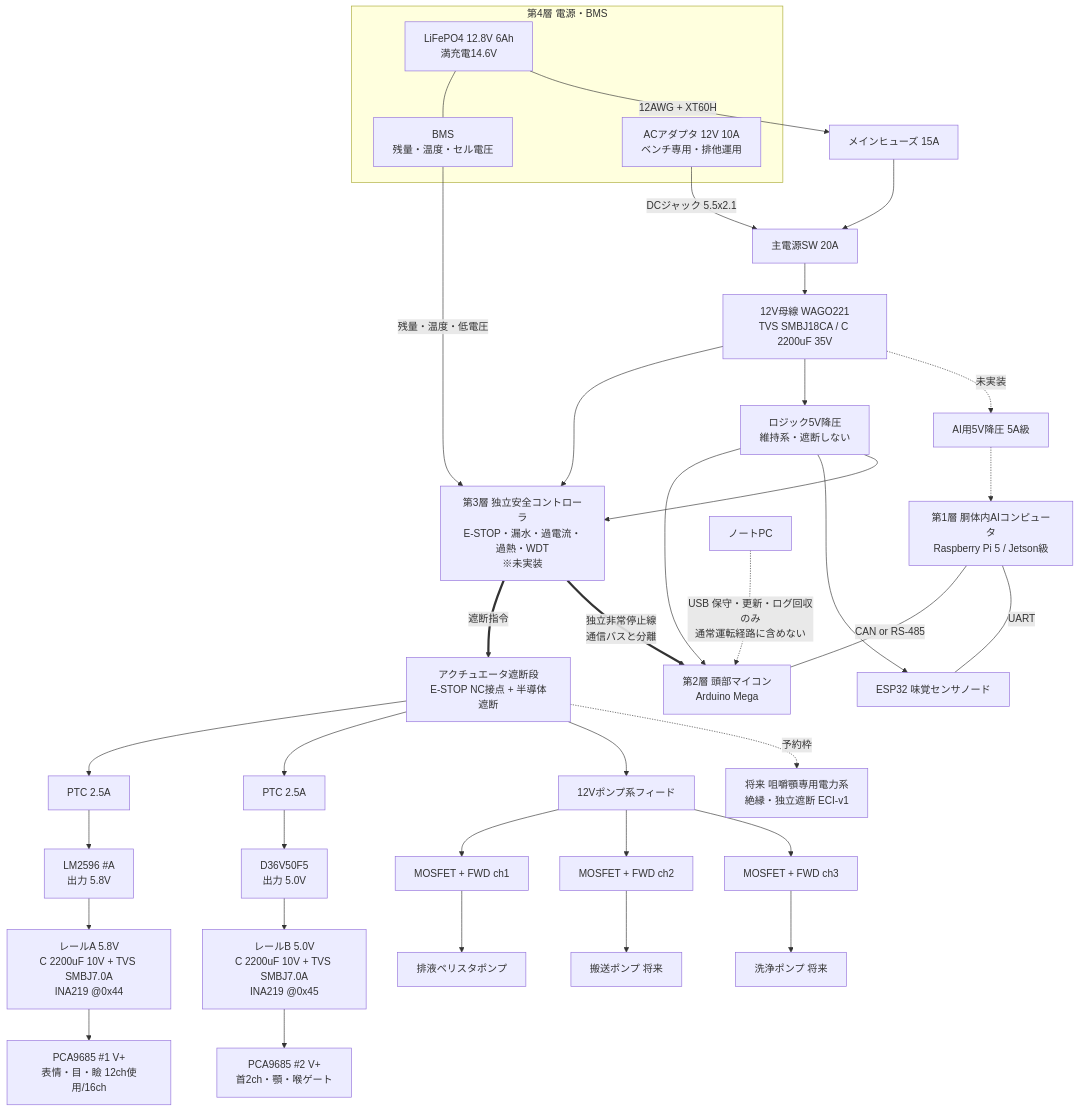
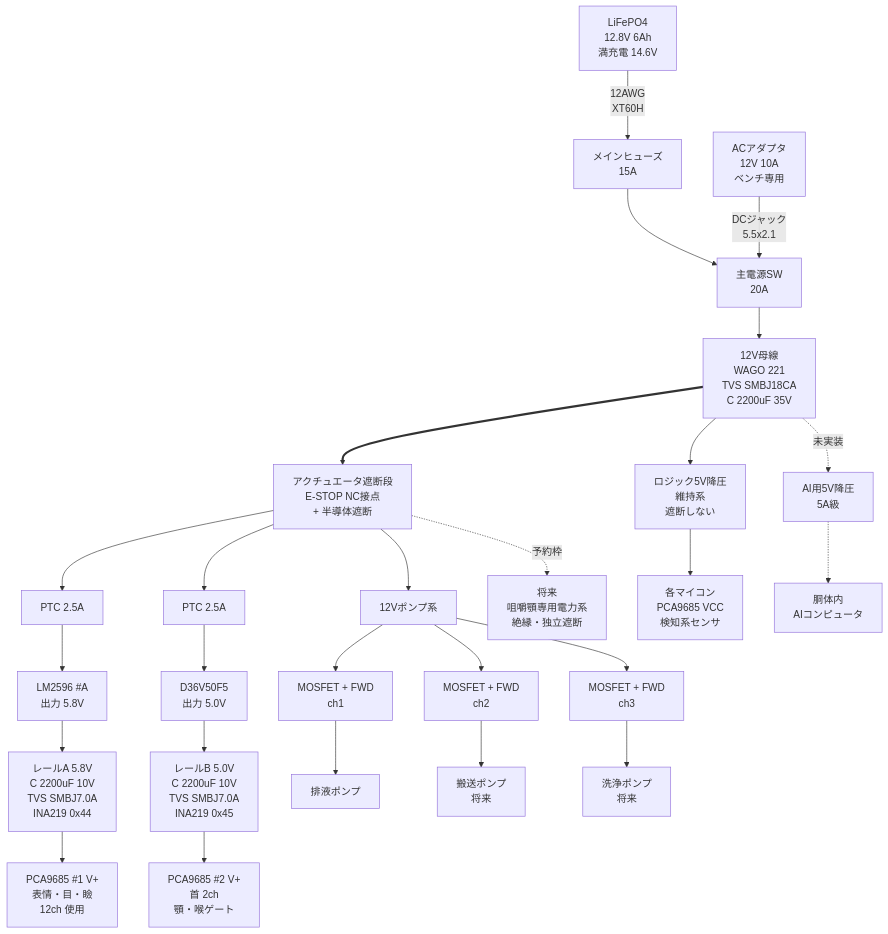
Before and after one commit to chinochino66/humanoid: the first of 2 diagrams in docs/power_system.md, drawn with Mermaid. The commit also changed other lines of this file, not shown here.

Commit message:
docs: 系統図を電力図と制御通信図へ分離、ラベル折り返しで文字切れを解消

````diff
--- a/docs/power_system.md
+++ b/docs/power_system.md
@@ -34,47 +36,38 @@
 ```mermaid
 flowchart TB
-    subgraph L4["第4層 電源・BMS"]
-        BAT["LiFePO4 12.8V 6Ah<br/>満充電14.6V"]
-        BMS["BMS<br/>残量・温度・セル電圧"]
-        AC["ACアダプタ 12V 10A<br/>ベンチ専用・排他運用"]
-    end
+    AC["ACアダプタ<br/>12V 10A<br/>ベンチ専用"]
+    BAT["LiFePO4<br/>12.8V 6Ah<br/>満充電 14.6V"]
 
-    BAT --- BMS
-    BAT -->|"12AWG + XT60H"| F1["メインヒューズ 15A"]
-    F1 --> SW1["主電源SW 20A"]
-    AC -->|"DCジャック 5.5x2.1"| SW1
-    SW1 --> DIST["12V母線 WAGO221<br/>TVS SMBJ18CA / C 2200uF 35V"]
+    BAT -->|"12AWG<br/>XT60H"| F1["メインヒューズ<br/>15A"]
+    F1 --> SW1
+    AC -->|"DCジャック<br/>5.5x2.1"| SW1["主電源SW<br/>20A"]
 
-    DIST --> SAFE["第3層 独立安全コントローラ<br/>E-STOP・漏水・過電流・過熱・WDT<br/>※未実装"]
-    BMS -->|"残量・温度・低電圧"| SAFE
-    DIST --> LOG5["ロジック5V降圧<br/>維持系・遮断しない"]
+    SW1 --> DIST["12V母線<br/>WAGO 221<br/>TVS SMBJ18CA<br/>C 2200uF 35V"]
 
-    SAFE ==>|"遮断指令"| CUT["アクチュエータ遮断段<br/>E-STOP NC接点 + 半導体遮断"]
+    DIST --> LOG5["ロジック5V降圧<br/>維持系<br/>遮断しない"]
+    DIST -.->|"未実装"| AIPWR["AI用5V降圧<br/>5A級"]
+    DIST ==> CUT["アクチュエータ遮断段<br/>E-STOP NC接点<br/>+ 半導体遮断"]
 
-    CUT --> P1["PTC 2.5A"] --> BKA["LM2596 #A<br/>出力 5.8V"]
-    CUT --> P2["PTC 2.5A"] --> BKB["D36V50F5<br/>出力 5.0V"]
-    CUT --> PMP["12Vポンプ系フィード"]
-    CUT -.->|"予約枠"| FJ["将来 咀嚼顎専用電力系<br/>絶縁・独立遮断 ECI-v1"]
+    CUT --> P1["PTC 2.5A"]
+    P1 --> BKA["LM2596 #A<br/>出力 5.8V"]
+    BKA --> RA["レールA 5.8V<br/>C 2200uF 10V<br/>TVS SMBJ7.0A<br/>INA219 0x44"]
+    RA --> PCA1["PCA9685 #1 V+<br/>表情・目・瞼<br/>12ch 使用"]
 
-    BKA --> RA["レールA 5.8V<br/>C 2200uF 10V + TVS SMBJ7.0A<br/>INA219 @0x44"]
-    BKB --> RB["レールB 5.0V<br/>C 2200uF 10V + TVS SMBJ7.0A<br/>INA219 @0x45"]
+    CUT --> P2["PTC 2.5A"]
+    P2 --> BKB["D36V50F5<br/>出力 5.0V"]
+    BKB --> RB["レールB 5.0V<br/>C 2200uF 10V<br/>TVS SMBJ7.0A<br/>INA219 0x45"]
+    RB --> PCA2["PCA9685 #2 V+<br/>首 2ch<br/>顎・喉ゲート"]
 
-    RA --> PCA1["PCA9685 #1 V+<br/>表情・目・瞼 12ch使用/16ch"]
-    RB --> PCA2["PCA9685 #2 V+<br/>首2ch・顎・喉ゲート"]
+    CUT --> PMP["12Vポンプ系"]
+    PMP --> M1["MOSFET + FWD<br/>ch1"]
+    PMP --> M2["MOSFET + FWD<br/>ch2"]
+    PMP --> M3["MOSFET + FWD<br/>ch3"]
+    M1 --> DP["排液ポンプ"]
+    M2 --> FP["搬送ポンプ<br/>将来"]
+    M3 --> WP["洗浄ポンプ<br/>将来"]
 
-    PMP --> M1["MOSFET + FWD ch1"] --> DP["排液ペリスタポンプ"]
-    PMP --> M2["MOSFET + FWD ch2"] --> FP["搬送ポンプ 将来"]
-    PMP --> M3["MOSFET + FWD ch3"] --> WP["洗浄ポンプ 将来"]
+    CUT -.->|"予約枠"| FJ["将来<br/>咀嚼顎専用電力系<br/>絶縁・独立遮断"]
 
-    LOG5 --> MCU["第2層 頭部マイコン<br/>Arduino Mega"]
-    LOG5 --> ESP["ESP32 味覚センサノード"]
-    LOG5 --> SAFE
-
-    DIST -.->|"未実装"| AIPWR["AI用5V降圧 5A級"] -.-> AI["第1層 胴体内AIコンピュータ<br/>Raspberry Pi 5 / Jetson級"]
-
-    AI ---|"CAN or RS-485"| MCU
-    AI ---|"UART"| ESP
-    SAFE ==>|"独立非常停止線<br/>通信バスと分離"| MCU
-
-    NB["ノートPC"] -.->|"USB 保守・更新・ログ回収のみ<br/>通常運転経路に含めない"| MCU
+    LOG5 --> LGX["各マイコン<br/>PCA9685 VCC<br/>検知系センサ"]
+    AIPWR -.-> AIX["胴体内<br/>AIコンピュータ"]
 ```
````
